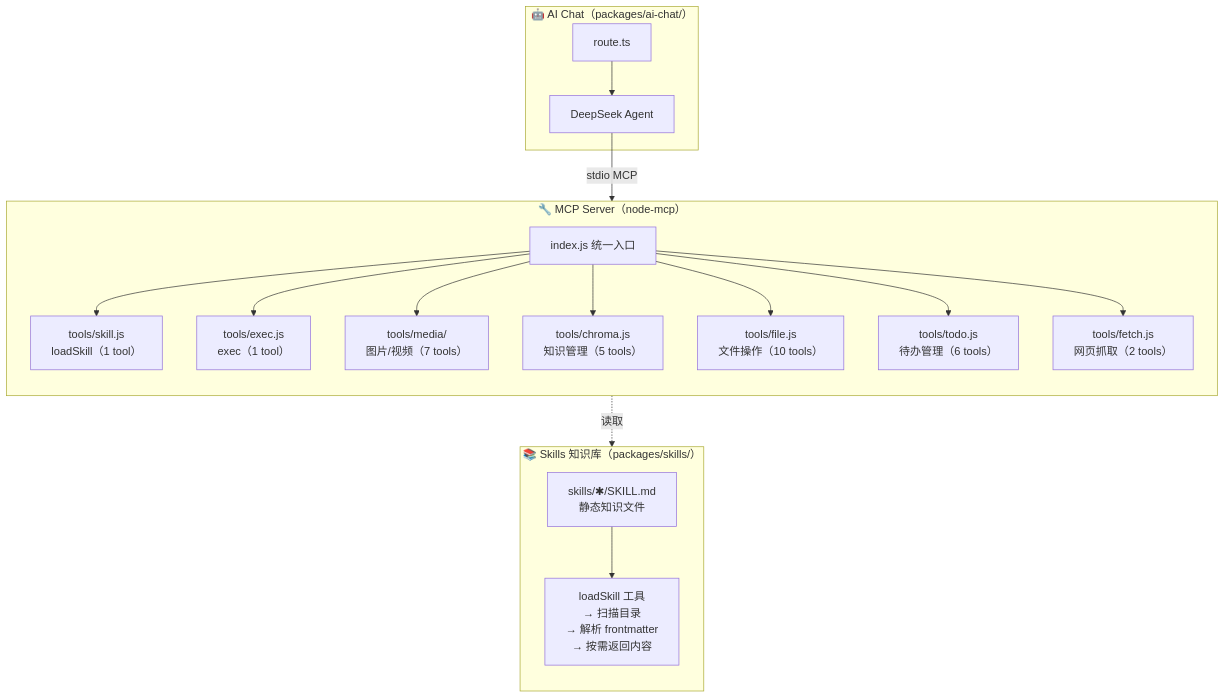
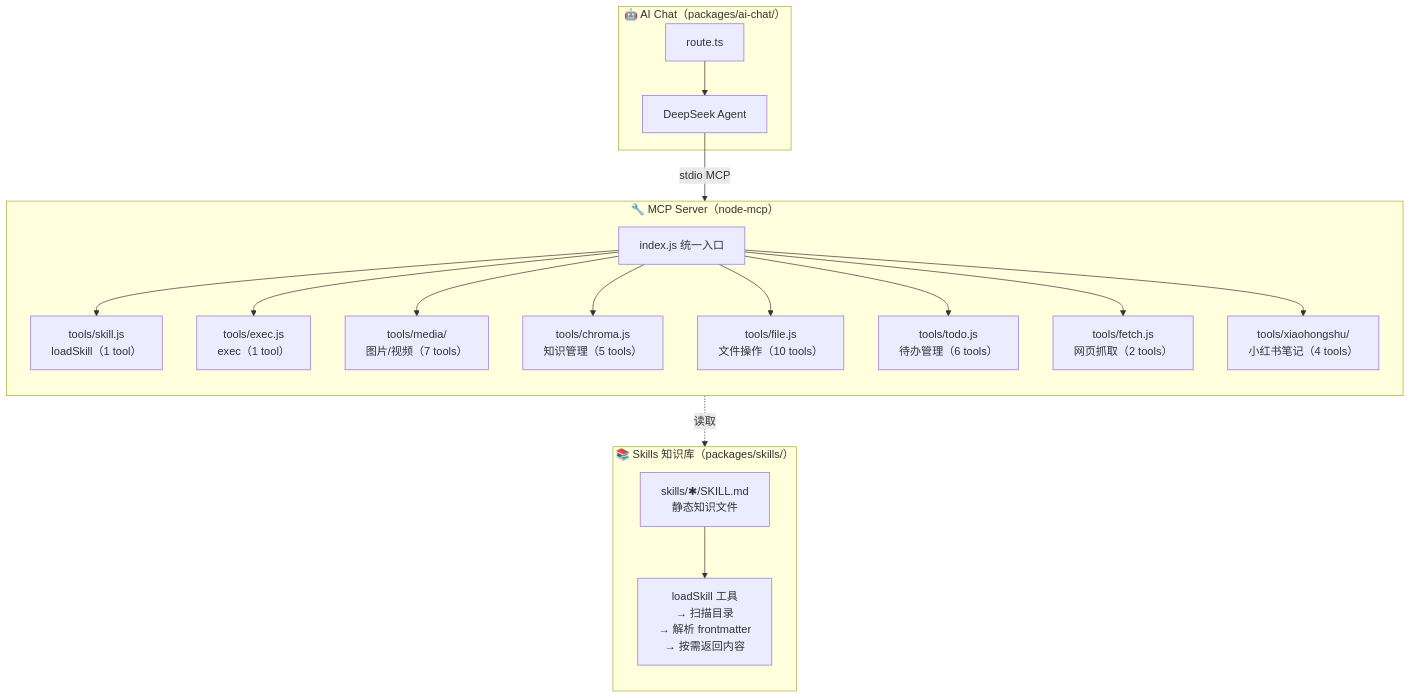
The diagram in packages/mcp/README.md (xiaoshengkai/xiaoshengkai-ai), drawn with Mermaid before and after one commit. The commit also changed other lines of this file and 3 other files, not shown here.

````diff
--- a/packages/mcp/README.md
+++ b/packages/mcp/README.md
@@ -7,37 +7,39 @@
 ```mermaid
 flowchart TB
   subgraph MCP["🔧 MCP Server（node-mcp）"]
     direction TB
     ENTRY["index.js 统一入口"]
     SKILL["tools/skill.js<br/>loadSkill（1 tool）"]
     EXEC["tools/exec.js<br/>exec（1 tool）"]
     MEDIA["tools/media/<br/>图片/视频（7 tools）"]
     CHROMA["tools/chroma.js<br/>知识管理（5 tools）"]
     FILE["tools/file.js<br/>文件操作（10 tools）"]
     TODO["tools/todo.js<br/>待办管理（6 tools）"]
     FETCH["tools/fetch.js<br/>网页抓取（2 tools）"]
+    XHS["tools/xiaohongshu/<br/>小红书笔记（4 tools）"]
     ENTRY --> SKILL
     ENTRY --> EXEC
     ENTRY --> MEDIA
     ENTRY --> CHROMA
     ENTRY --> FILE
     ENTRY --> TODO
     ENTRY --> FETCH
+    ENTRY --> XHS
   end
 
   subgraph SKILLS["📚 Skills 知识库（packages/skills/）"]
     direction TB
     SK1["skills/✱/SKILL.md<br/>静态知识文件"]
     SK2["loadSkill 工具<br/>→ 扫描目录<br/>→ 解析 frontmatter<br/>→ 按需返回内容"]
     SK1 --> SK2
   end
 
   subgraph AI["🤖 AI Chat（packages/ai-chat/）"]
     AI1["route.ts"]
     AI2["DeepSeek Agent"]
     AI1 --> AI2
     AI2 -->|"stdio MCP"| ENTRY
   end
 
   SKILL -.->|"读取"| SK1
 ```
````
